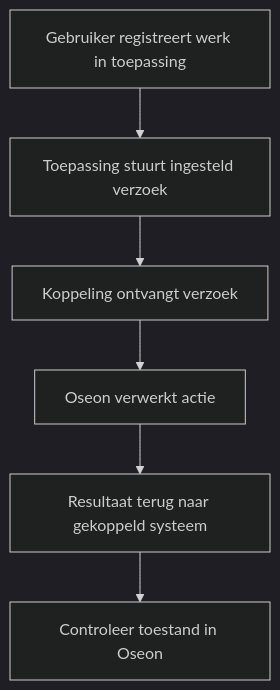
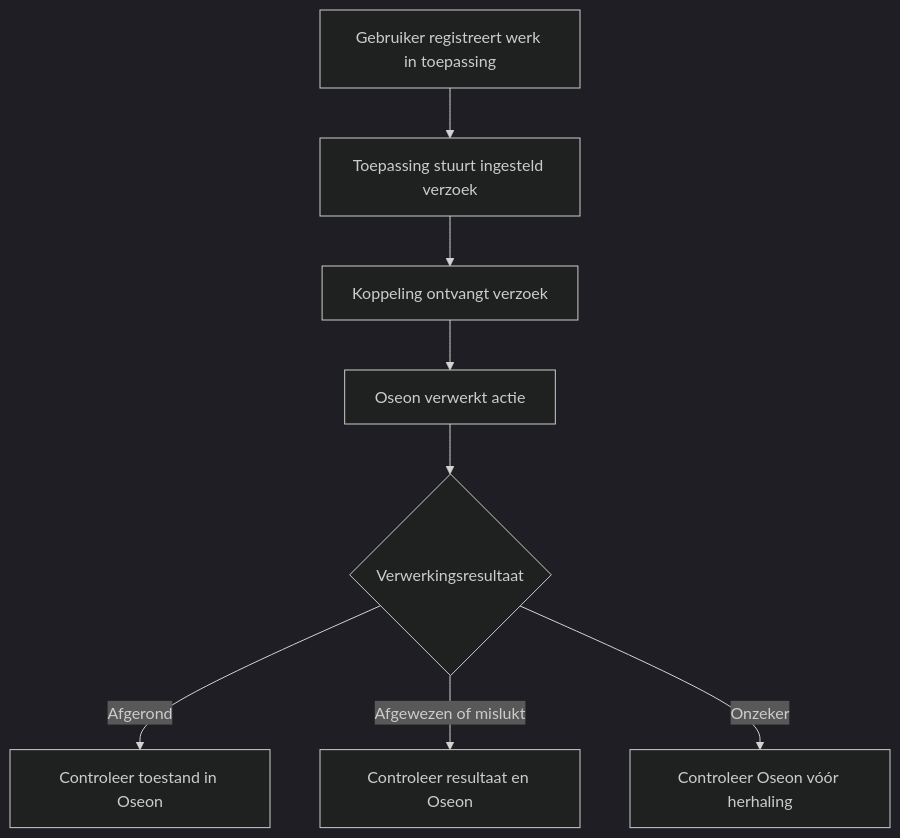
One commit to SheetMetalConnect/smc-mintlify changed the second of 2 diagrams in nl/oseon2uns/workflow.mdx. Above: the diagram before and after it, drawn with Mermaid (dark theme). The commit also changed other lines of this file, not shown here.

Commit message:
docs: clarify nl/oseon2uns/workflow workflow

````diff
--- a/nl/oseon2uns/workflow.mdx
+++ b/nl/oseon2uns/workflow.mdx
@@ -24,8 +26,10 @@
 ```mermaid
 flowchart TD
  A["Gebruiker registreert werk in toepassing"] --> B["Toepassing stuurt ingesteld verzoek"]
  B --> C["Koppeling ontvangt verzoek"]
  C --> D["Oseon verwerkt actie"]
- D --> E["Resultaat terug naar gekoppeld systeem"]
- E --> F["Controleer toestand in Oseon"]
+ D --> E{"Verwerkingsresultaat"}
+ E -->|"Afgerond"| F["Controleer toestand in Oseon"]
+ E -->|"Afgewezen of mislukt"| G["Controleer resultaat en Oseon"]
+ E -->|"Onzeker"| H["Controleer Oseon vóór herhaling"]
 ```
````
